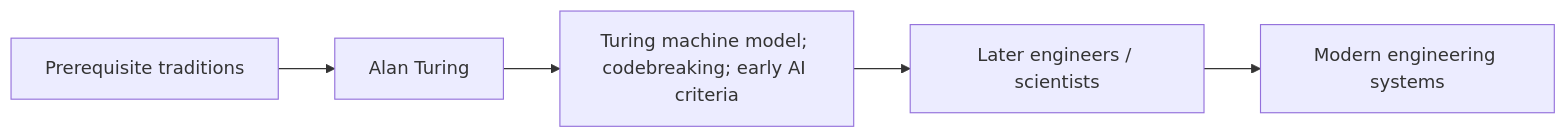
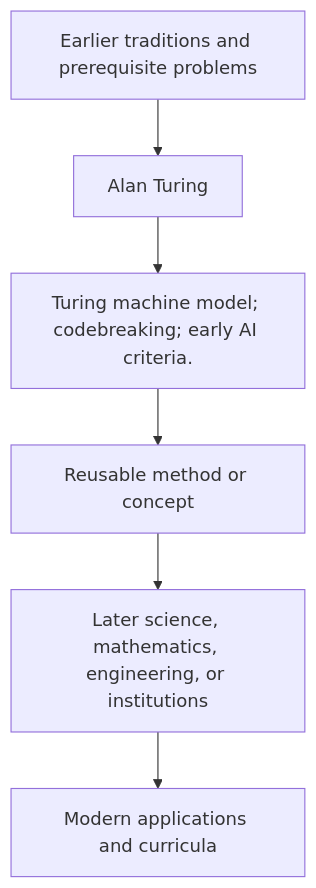
Before and after one commit to via-decide/ViaLogic: the diagram in docs/history/alan-turing/influence.md, drawn with Mermaid. The commit also changed other lines of this file and 858 other files, not shown here.

````diff
--- a/docs/history/alan-turing/influence.md
+++ b/docs/history/alan-turing/influence.md
@@ -29,7 +16,8 @@
 ```mermaid
-graph LR
-  prerequisites["Prerequisite traditions"] --> current["Alan Turing"]
-  current --> contribution["Turing machine model; codebreaking; early AI criteria"]
-  contribution --> successors["Later engineers / scientists"]
-  successors --> modern["Modern engineering systems"]
+graph TD
+  Prior[Earlier traditions and prerequisite problems] --> Person[Alan Turing]
+  Person --> Contribution[Turing machine model; codebreaking; early AI criteria.]
+  Contribution --> Method[Reusable method or concept]
+  Method --> Later[Later science, mathematics, engineering, or institutions]
+  Later --> Modern[Modern applications and curricula]
 ```
````
